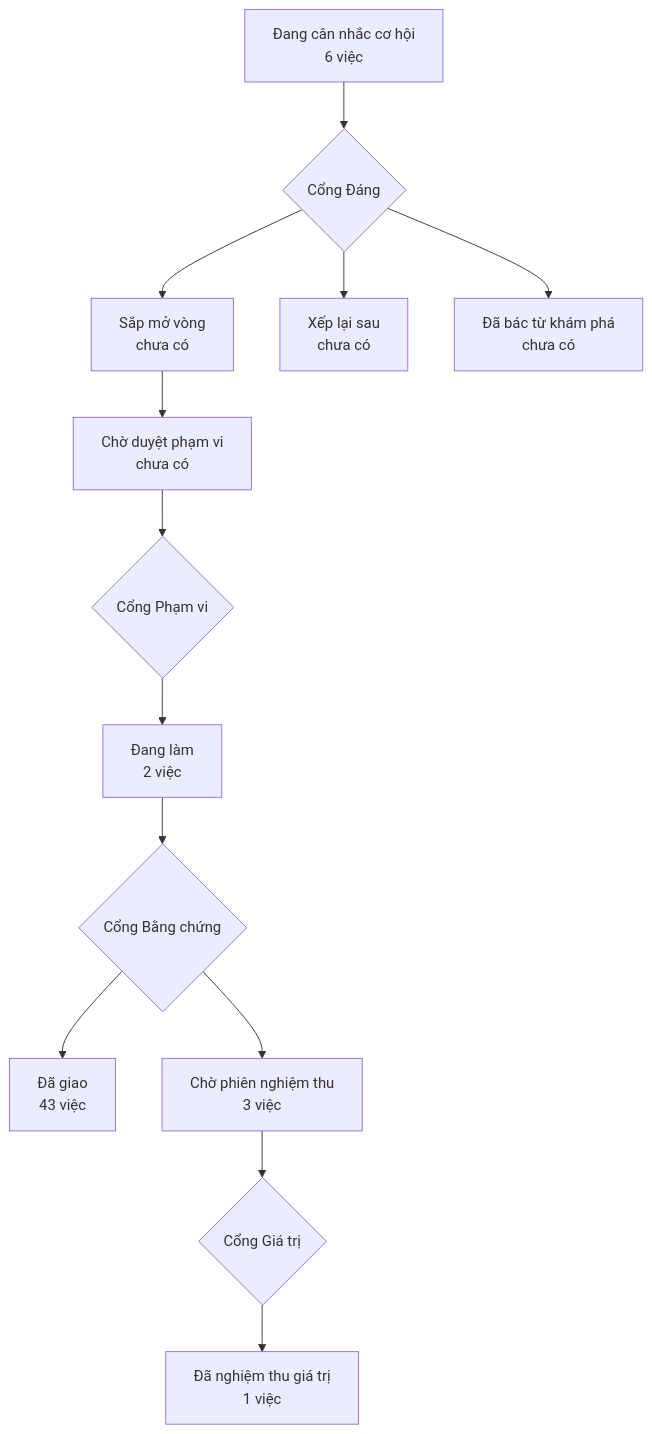
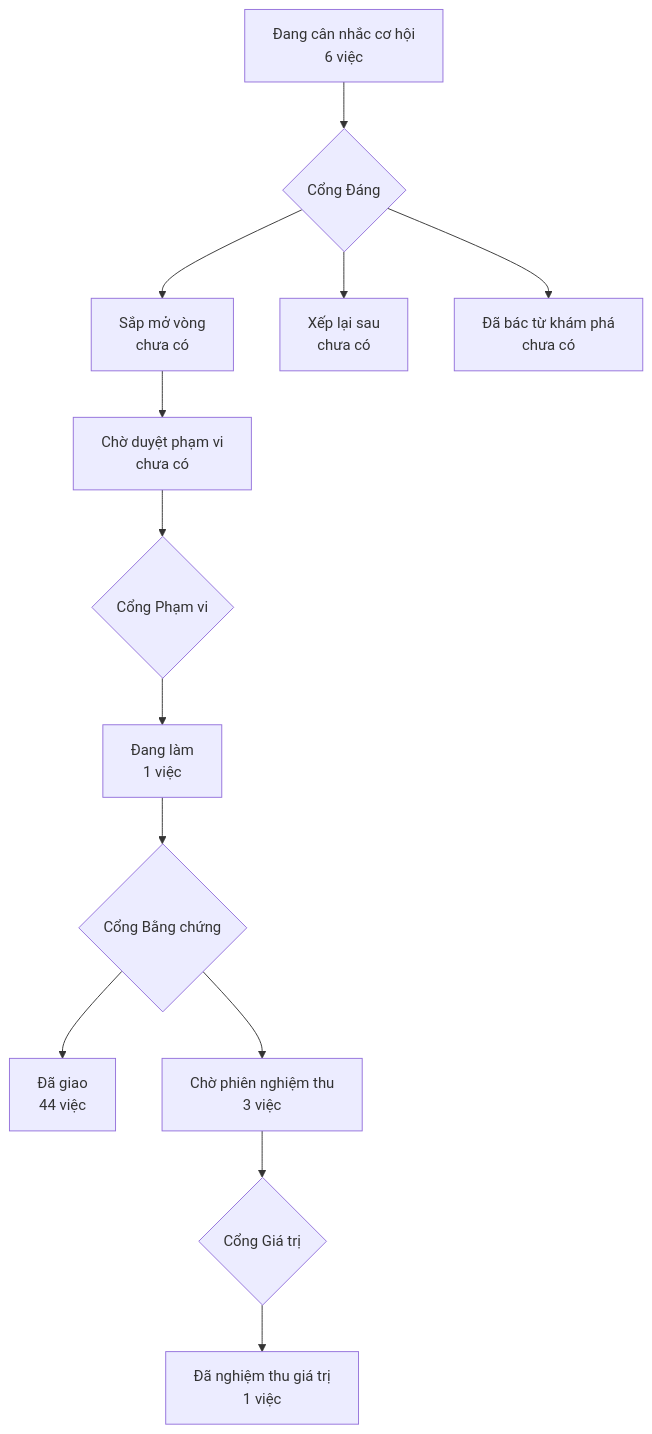
Before and after one commit to phanlemanh/crm-onehub: the diagram in PRODUCT-MAP.md, drawn with Mermaid. The commit also changed 3 other files, not shown here.

````diff
--- a/PRODUCT-MAP.md
+++ b/PRODUCT-MAP.md
@@ -6,12 +6,12 @@
 ```mermaid
 flowchart TD
   A["Đang cân nhắc cơ hội<br/>6 việc"] --> GD{"Cổng Đáng"}
   GD --> B["Sắp mở vòng<br/>chưa có"]
   GD --> XL["Xếp lại sau<br/>chưa có"]
   GD --> DB["Đã bác từ khám phá<br/>chưa có"]
   B --> CD["Chờ duyệt phạm vi<br/>chưa có"] --> GP{"Cổng Phạm vi"}
-  GP --> DL["Đang làm<br/>2 việc"] --> GB{"Cổng Bằng chứng"}
-  GB --> DG["Đã giao<br/>43 việc"]
+  GP --> DL["Đang làm<br/>1 việc"] --> GB{"Cổng Bằng chứng"}
+  GB --> DG["Đã giao<br/>44 việc"]
   GB --> CN["Chờ phiên nghiệm thu<br/>3 việc"] --> GG{"Cổng Giá trị"}
   GG --> NT["Đã nghiệm thu giá trị<br/>1 việc"]
 ```
````
